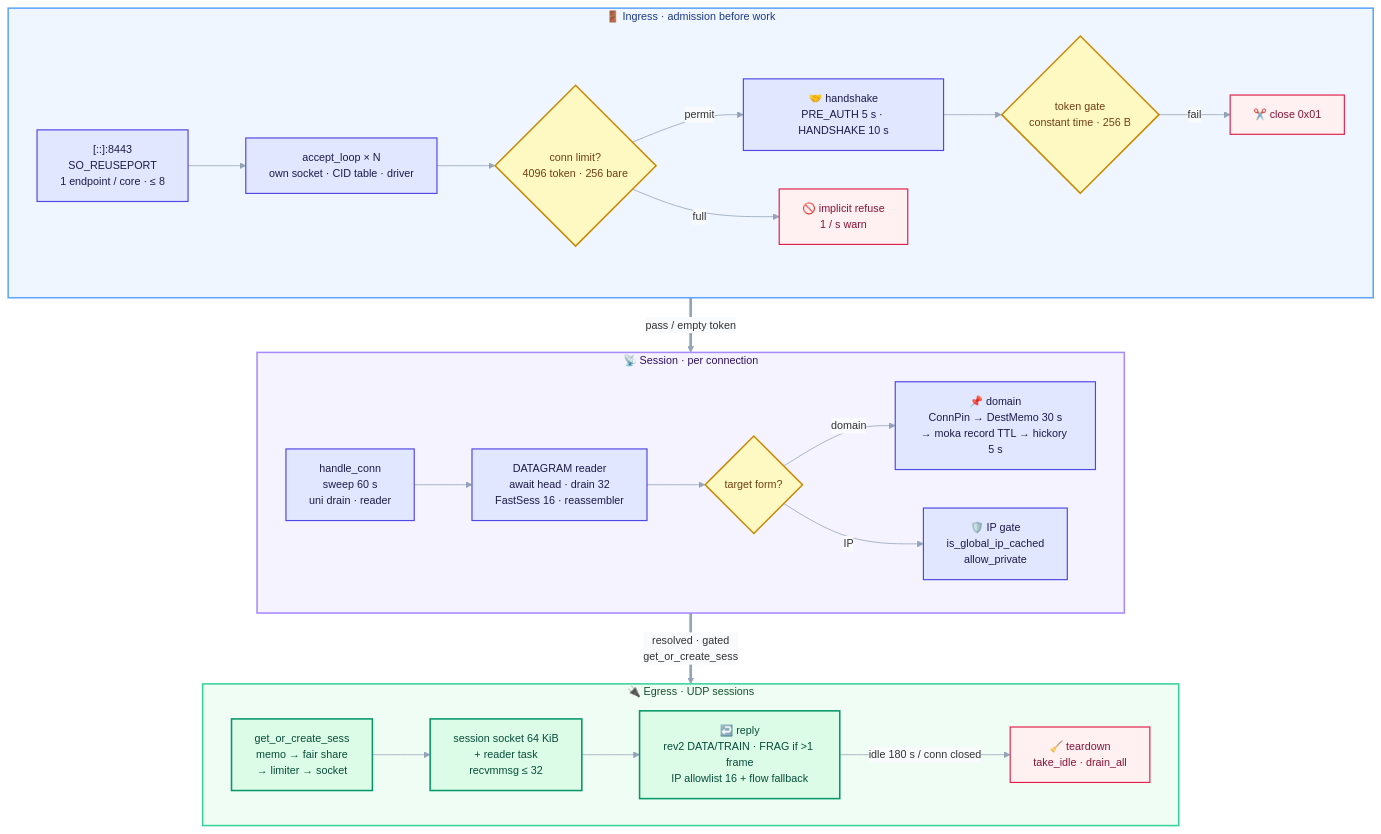
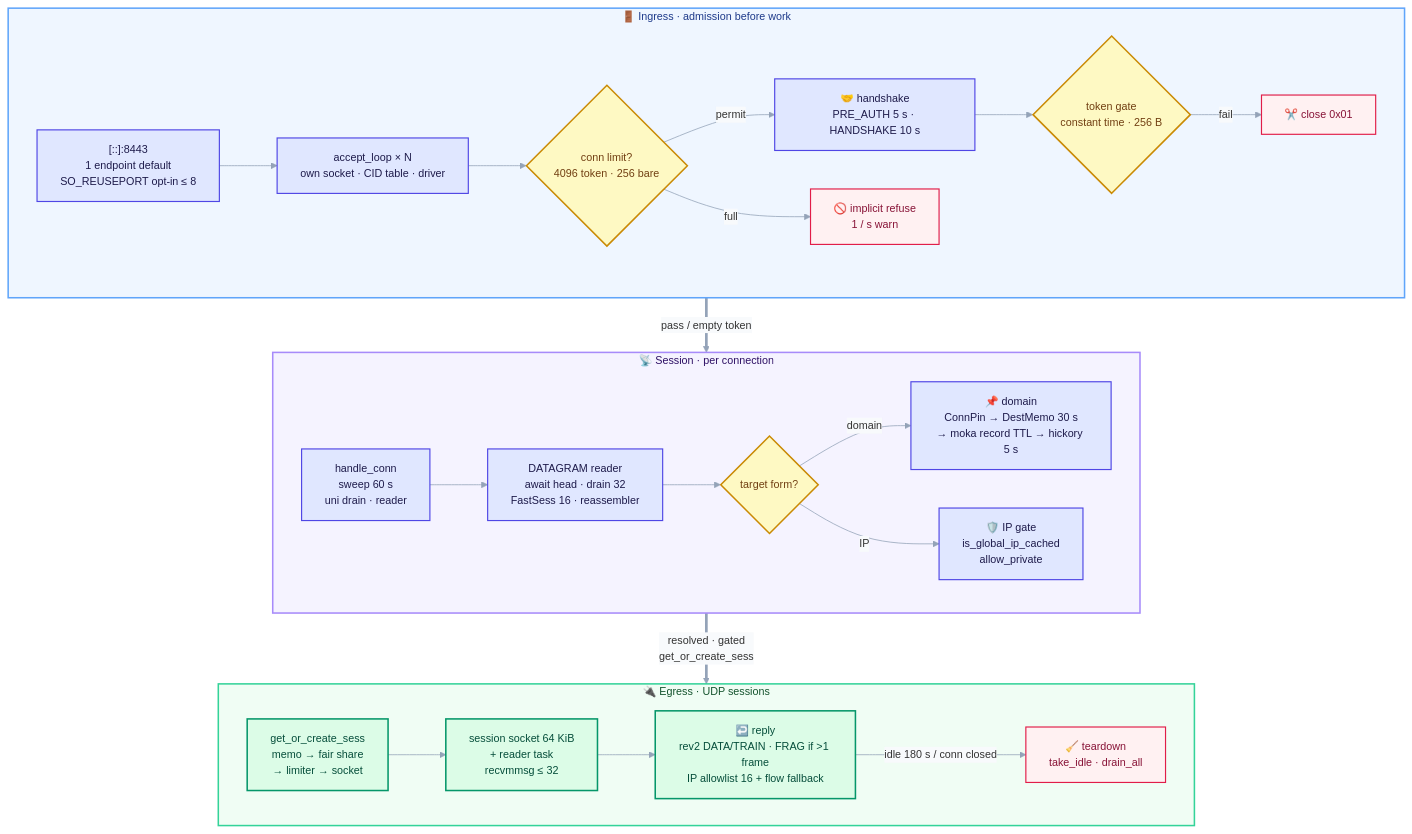
Diagram 25 of 31 in README.md (Terutoki/MyQUIC2), drawn with Mermaid before and after one commit. The commit also changed other lines of this file and 13 other files, not shown here.

````diff
--- a/README.md
+++ b/README.md
@@ -2007,54 +2007,54 @@
 ```mermaid
 %%{init: {"theme":"base","themeVariables":{"fontSize":"14px","lineColor":"#94a3b8","textColor":"#0f172a","edgeLabelBackground":"#f8fafc"}}}%%
 flowchart TB
     accTitle: Server ingress and session pipeline
     accDescr: Admission happens before per-connection allocation; the session then resolves and gates the target before UDP egress allocates a session socket.
     subgraph G1["🚪  Ingress · admission before work"]
         direction LR
-        L["[::]:8443<br/>SO_REUSEPORT<br/>1 endpoint / core · ≤ 8"]
+        L["[::]:8443<br/>1 endpoint default<br/>SO_REUSEPORT opt-in ≤ 8"]
         A["accept_loop × N<br/>own socket · CID table · driver"]
         G{"conn limit?<br/>4096 token · 256 bare"}
         H["🤝 handshake<br/>PRE_AUTH 5 s · HANDSHAKE 10 s"]
         T{"token gate<br/>constant time · 256 B"}
         RF["🚫 implicit refuse<br/>1 / s warn"]
         C1["✂️ close 0x01"]
         L --> A --> G
         G -->|"permit"| H
         G -->|"full"| RF
         H --> T
         T -->|"fail"| C1
     end
     subgraph G2["📡  Session · per connection"]
         direction LR
         HC["handle_conn<br/>sweep 60 s<br/>uni drain · reader"]
         R["DATAGRAM reader<br/>await head · drain 32<br/>FastSess 16 · reassembler"]
         F{"target form?"}
         DN["📌 domain<br/>ConnPin → DestMemo 30 s<br/>→ moka record TTL → hickory 5 s"]
         SS["🛡️ IP gate<br/>is_global_ip_cached<br/>allow_private"]
         HC --> R --> F
         F -->|"domain"| DN
         F -->|"IP"| SS
     end
     subgraph G3["🔌  Egress · UDP sessions"]
         direction LR
         GS["get_or_create_sess<br/>memo → fair share<br/>→ limiter → socket"]
         SO["session socket 64 KiB<br/>+ reader task<br/>recvmmsg ≤ 32"]
         RP["↩️ reply<br/>rev2 DATA/TRAIN · FRAG if >1 frame<br/>IP allowlist 16 + flow fallback"]
         BYE["🧹 teardown<br/>take_idle · drain_all"]
         GS --> SO --> RP
         RP -->|"idle 180 s / conn closed"| BYE
     end
     G1 ==>|"pass / empty token"| G2
     G2 ==>|"resolved · gated<br/>get_or_create_sess"| G3
     style G1 fill:#eff6ff,stroke:#60a5fa,stroke-width:2px,color:#1e3a8a
     style G2 fill:#f5f3ff,stroke:#a78bfa,stroke-width:2px,color:#2e1065
     style G3 fill:#f0fdf4,stroke:#34d399,stroke-width:2px,color:#14532d
     classDef decision fill:#fef9c3,stroke:#ca8a04,stroke-width:2px,color:#713f12
     classDef ok fill:#dcfce7,stroke:#059669,stroke-width:2px,color:#064e3b
     classDef tunnel fill:#e0e7ff,stroke:#4f46e5,stroke-width:1.5px,color:#1e1b4b
     classDef warn fill:#fff1f2,stroke:#e11d48,stroke-width:1.5px,color:#881337
     class G,T,F decision
     class GS,SO,RP ok
     class L,A,H,HC,R,DN,SS tunnel
     class RF,C1,BYE warn
 ```
````
